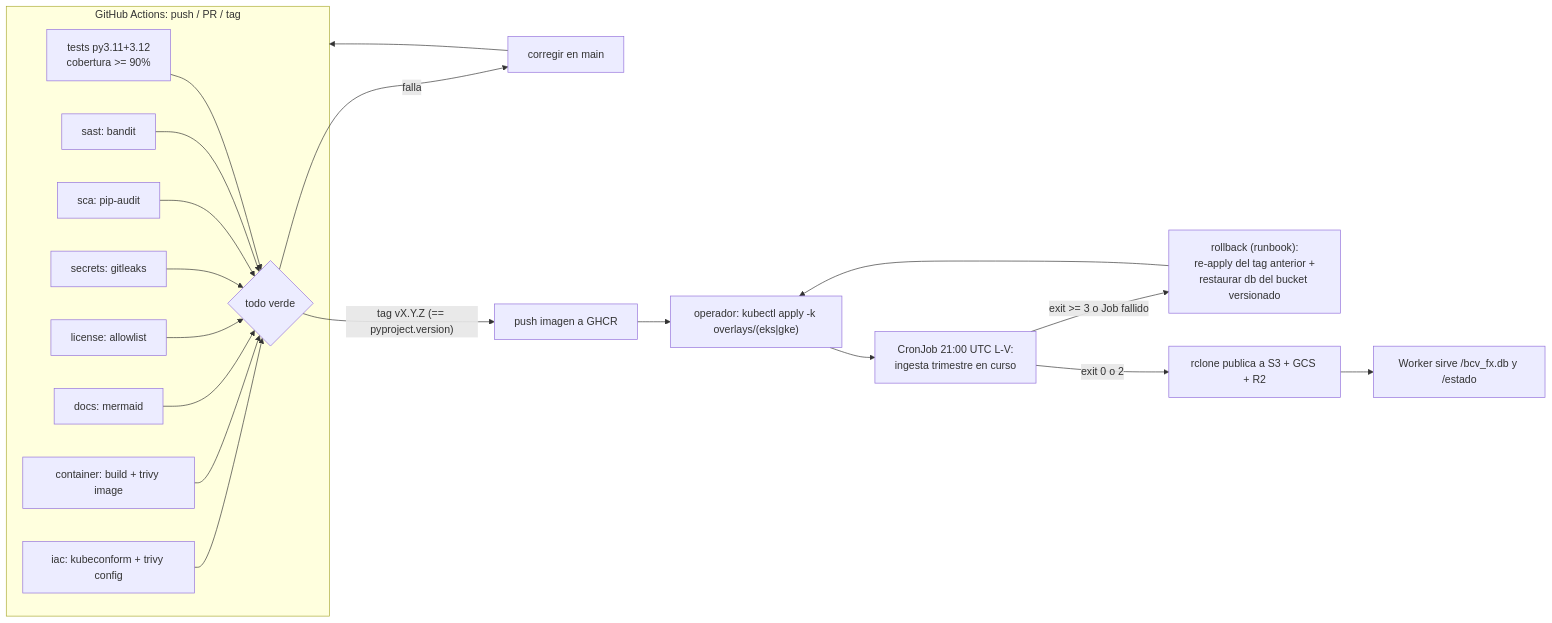
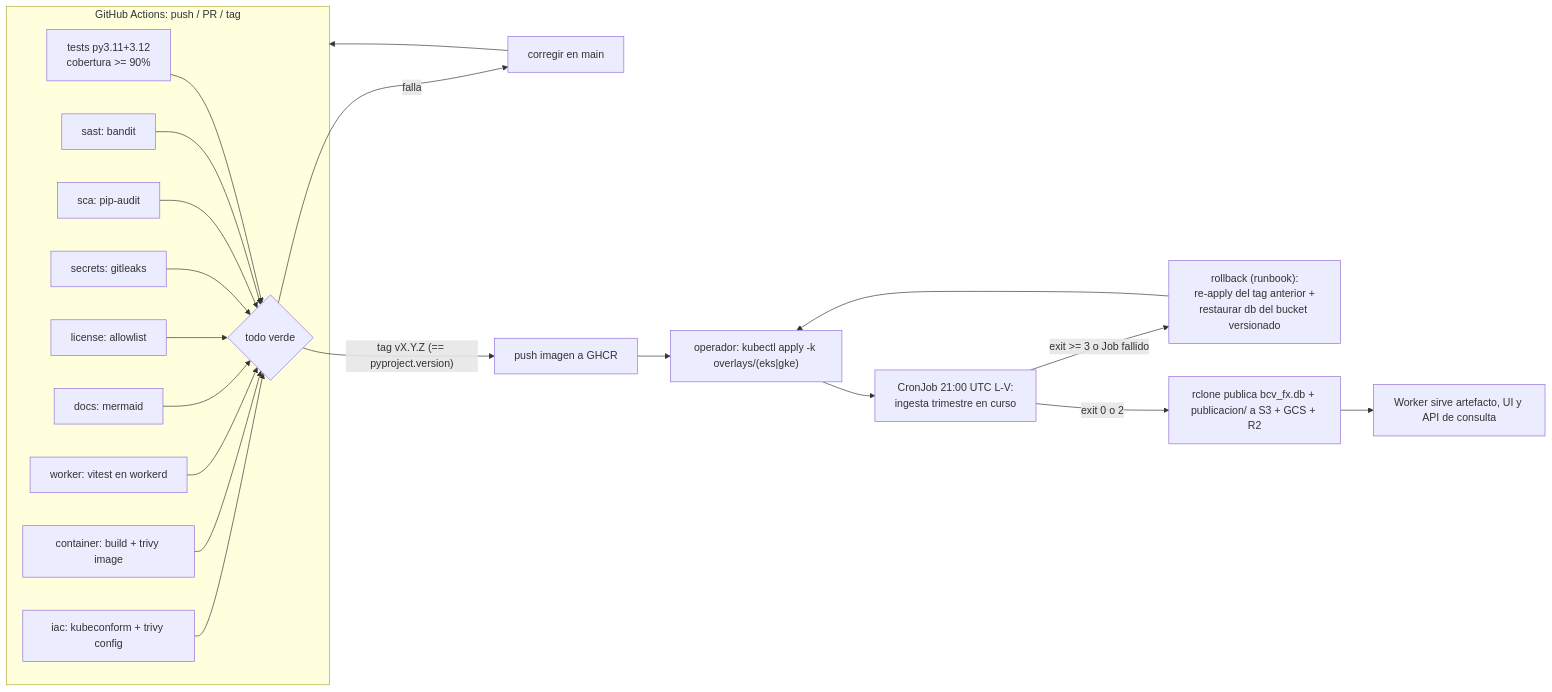
Before and after one commit to jeremialcala/bcv-fx-ingestor: the second of 3 diagrams in docs/05-deployment/deployment.md, drawn with Mermaid. The commit also changed other lines of this file and 6 other files, not shown here.

First line of the commit message:
feat(fx-ing-002): pipeline publica la publicación JSON y CI cubre el Worker

````diff
--- a/docs/05-deployment/deployment.md
+++ b/docs/05-deployment/deployment.md
@@ -64,21 +69,22 @@
 ```mermaid
 flowchart LR
     subgraph CI [GitHub Actions: push / PR / tag]
         T["tests py3.11+3.12<br/>cobertura >= 90%"] --> OK{todo verde}
         SAST[sast: bandit] --> OK
         SCA[sca: pip-audit] --> OK
         SEC[secrets: gitleaks] --> OK
         LIC[license: allowlist] --> OK
         DOCS[docs: mermaid] --> OK
+        W[worker: vitest en workerd] --> OK
         CONT[container: build + trivy image] --> OK
         IAC[iac: kubeconform + trivy config] --> OK
     end
     OK -->|"tag vX.Y.Z (== pyproject.version)"| PUSH[push imagen a GHCR]
     OK -->|falla| FIX[corregir en main] --> CI
     PUSH --> DEPLOY["operador: kubectl apply -k overlays/(eks|gke)"]
     DEPLOY --> RUN["CronJob 21:00 UTC L-V:<br/>ingesta trimestre en curso"]
-    RUN -->|exit 0 o 2| PUB[rclone publica a S3 + GCS + R2]
-    PUB --> EDGE[Worker sirve /bcv_fx.db y /estado]
+    RUN -->|exit 0 o 2| PUB[rclone publica bcv_fx.db + publicacion/ a S3 + GCS + R2]
+    PUB --> EDGE[Worker sirve artefacto, UI y API de consulta]
     RUN -->|"exit >= 3 o Job fallido"| RB["rollback (runbook):<br/>re-apply del tag anterior +<br/>restaurar db del bucket versionado"]
     RB --> DEPLOY
 ```
````
